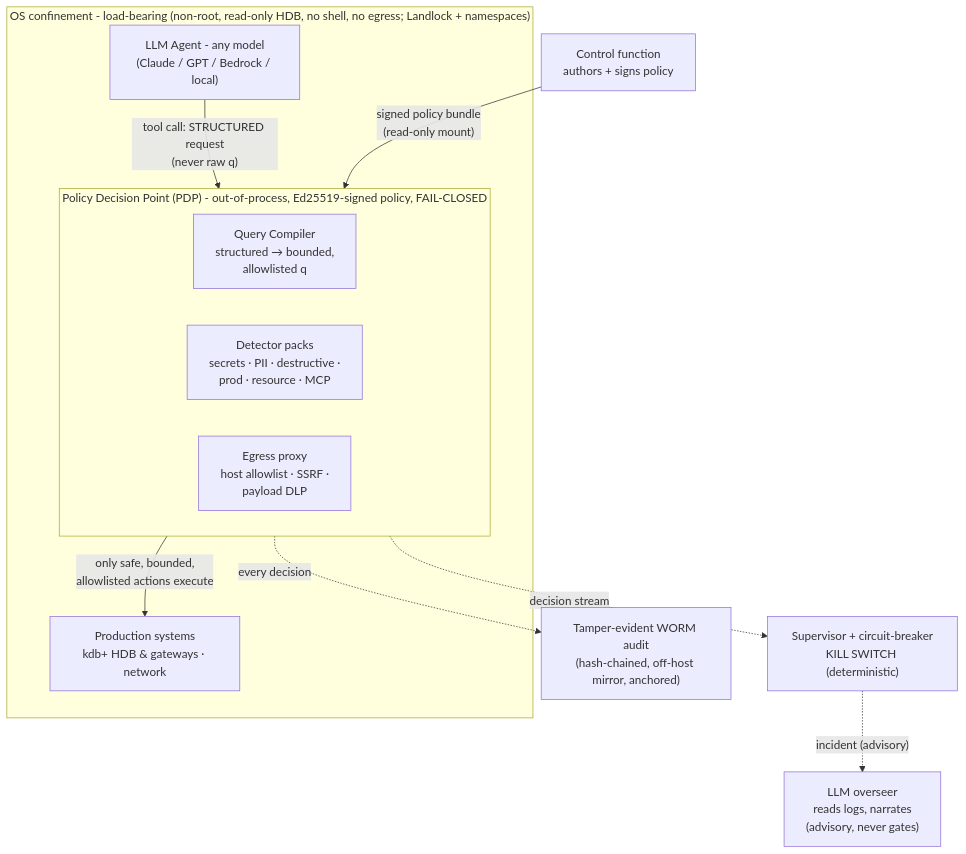
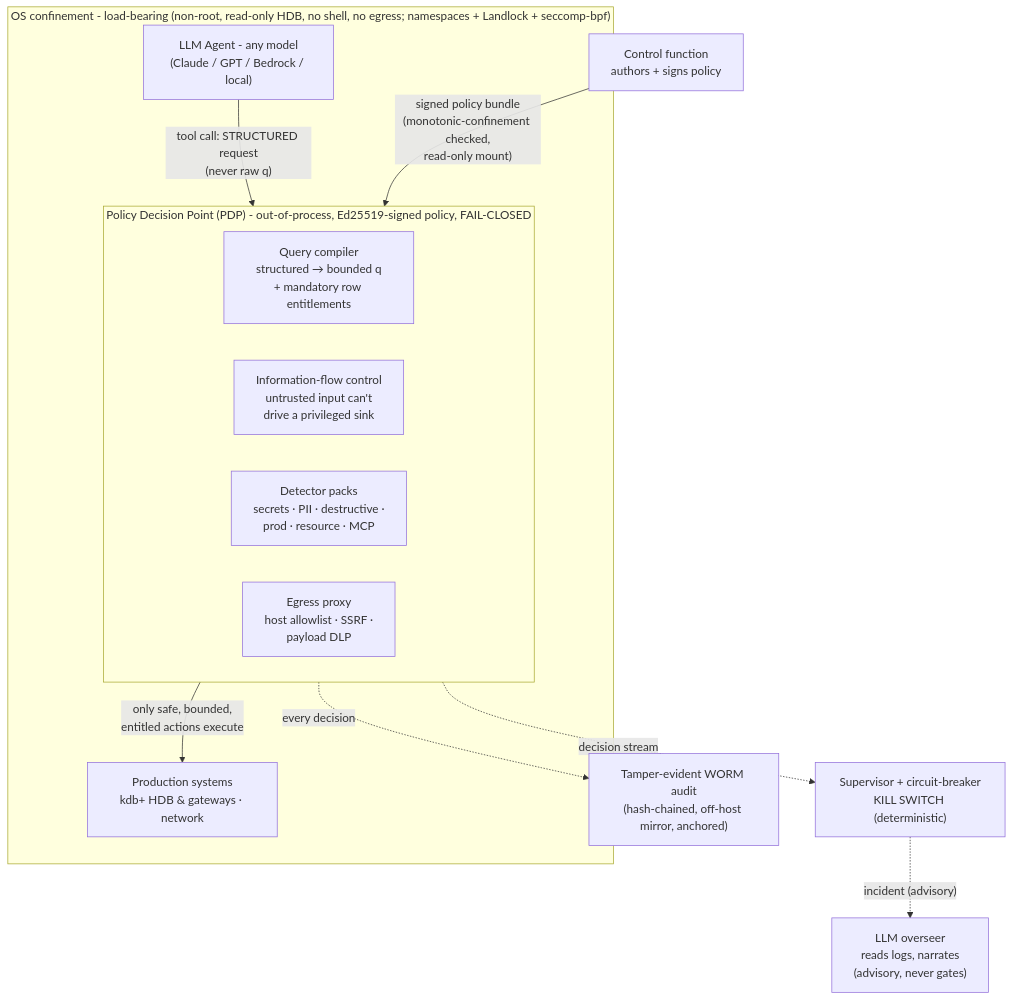
One commit to kqagent/guard changed the diagram in docs/Aegis-System-Overview.md. Above: the diagram before and after it, drawn with Mermaid. The commit also changed other lines of this file and 1 other file, not shown here.

First line of the commit message:
docs(overview): comprehensive refresh - entitlements, IFC, seccomp, conformance, monotonic-confinement, AgentDojo

````diff
--- a/docs/Aegis-System-Overview.md
+++ b/docs/Aegis-System-Overview.md
@@ -81,21 +99,22 @@
 ```mermaid
 flowchart TB
-    subgraph CONF["OS confinement - load-bearing (non-root, read-only HDB, no shell, no egress; Landlock + namespaces)"]
+    subgraph CONF["OS confinement - load-bearing (non-root, read-only HDB, no shell, no egress; namespaces + Landlock + seccomp-bpf)"]
         AGENT["LLM Agent - any model<br/>(Claude / GPT / Bedrock / local)"]
         AGENT -- "tool call: STRUCTURED request<br/>(never raw q)" --> PDP
         subgraph PDP["Policy Decision Point (PDP) - out-of-process, Ed25519-signed policy, FAIL-CLOSED"]
             direction LR
-            QC["Query Compiler<br/>structured → bounded,<br/>allowlisted q"]
+            QC["Query compiler<br/>structured → bounded q<br/>+ mandatory row entitlements"]
+            IFC["Information-flow control<br/>untrusted input can't<br/>drive a privileged sink"]
             DET["Detector packs<br/>secrets · PII · destructive ·<br/>prod · resource · MCP"]
             EG["Egress proxy<br/>host allowlist · SSRF ·<br/>payload DLP"]
         end
-        PDP -- "only safe, bounded,<br/>allowlisted actions execute" --> SYS
+        PDP -- "only safe, bounded,<br/>entitled actions execute" --> SYS
     end
     SYS["Production systems<br/>kdb+ HDB & gateways · network"]
 
     PDP -. "every decision" .-> AUDIT["Tamper-evident WORM audit<br/>(hash-chained, off-host mirror, anchored)"]
     PDP -. "decision stream" .-> SUP["Supervisor + circuit-breaker<br/>KILL SWITCH (deterministic)"]
     SUP -. "incident (advisory)" .-> OV["LLM overseer<br/>reads logs, narrates<br/>(advisory, never gates)"]
 
-    CTRL["Control function<br/>authors + signs policy"] -- "signed policy bundle<br/>(read-only mount)" --> PDP
+    CTRL["Control function<br/>authors + signs policy"] -- "signed policy bundle<br/>(monotonic-confinement checked,<br/>read-only mount)" --> PDP
 ```
````
